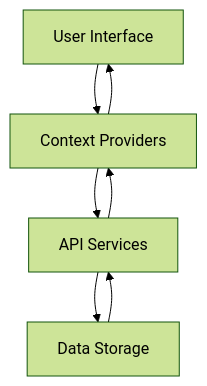
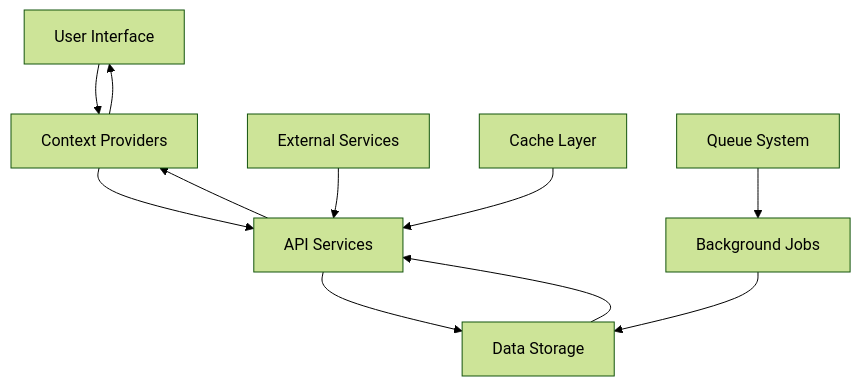
The diagram in docs/technical.md (ECGOPS/OPSOMS), drawn with Mermaid (forest theme) before and after one commit. The commit also changed other lines of this file and 8 other files, not shown here.

````diff
--- a/docs/technical.md
+++ b/docs/technical.md
@@ -35,9 +167,14 @@
 ```mermaid
 graph TD
     A[User Interface] --> B[Context Providers]
     B --> C[API Services]
     C --> D[Data Storage]
     D --> C
     C --> B
     B --> A
+    
+    E[Background Jobs] --> D
+    F[External Services] --> C
+    G[Cache Layer] --> C
+    H[Queue System] --> E
 ```
````
